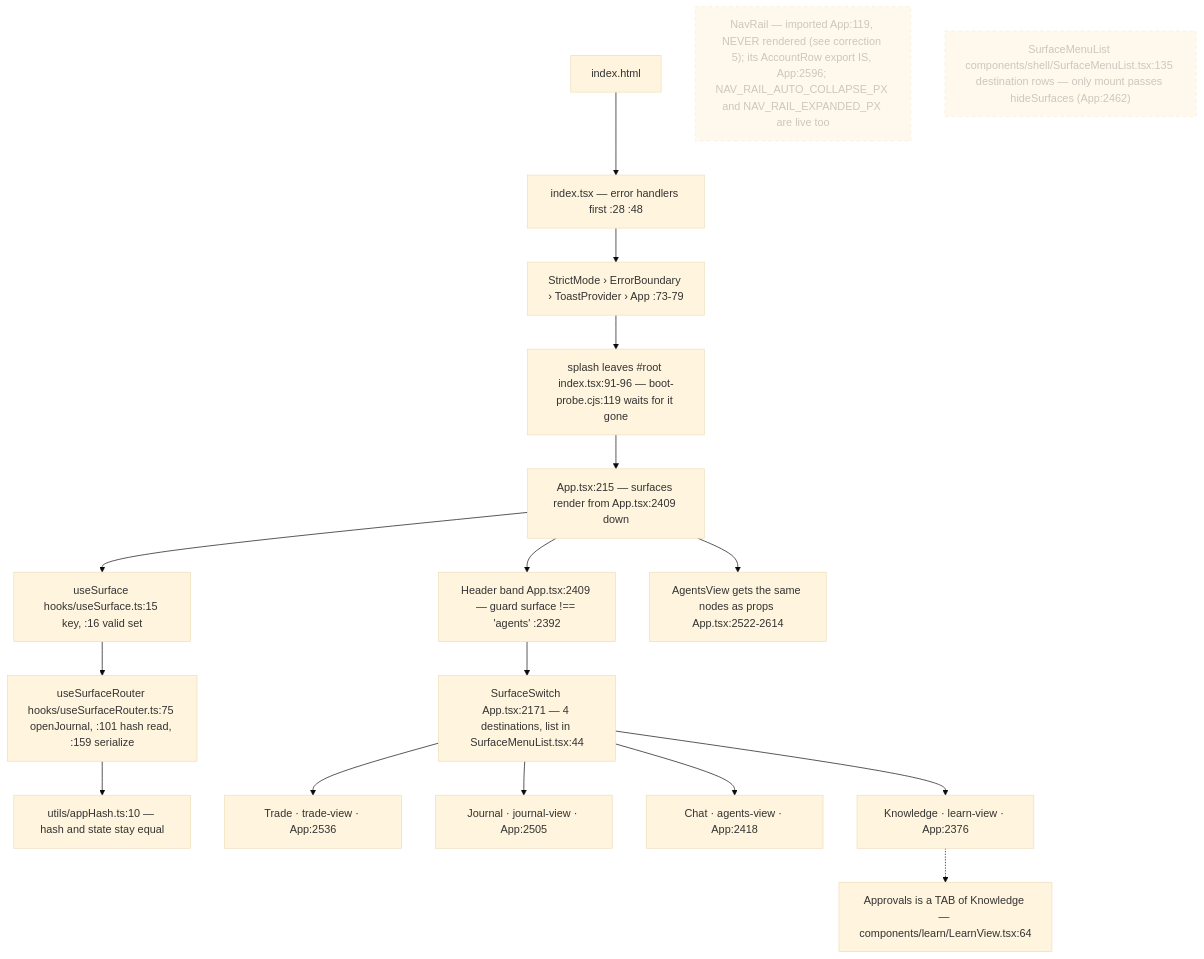
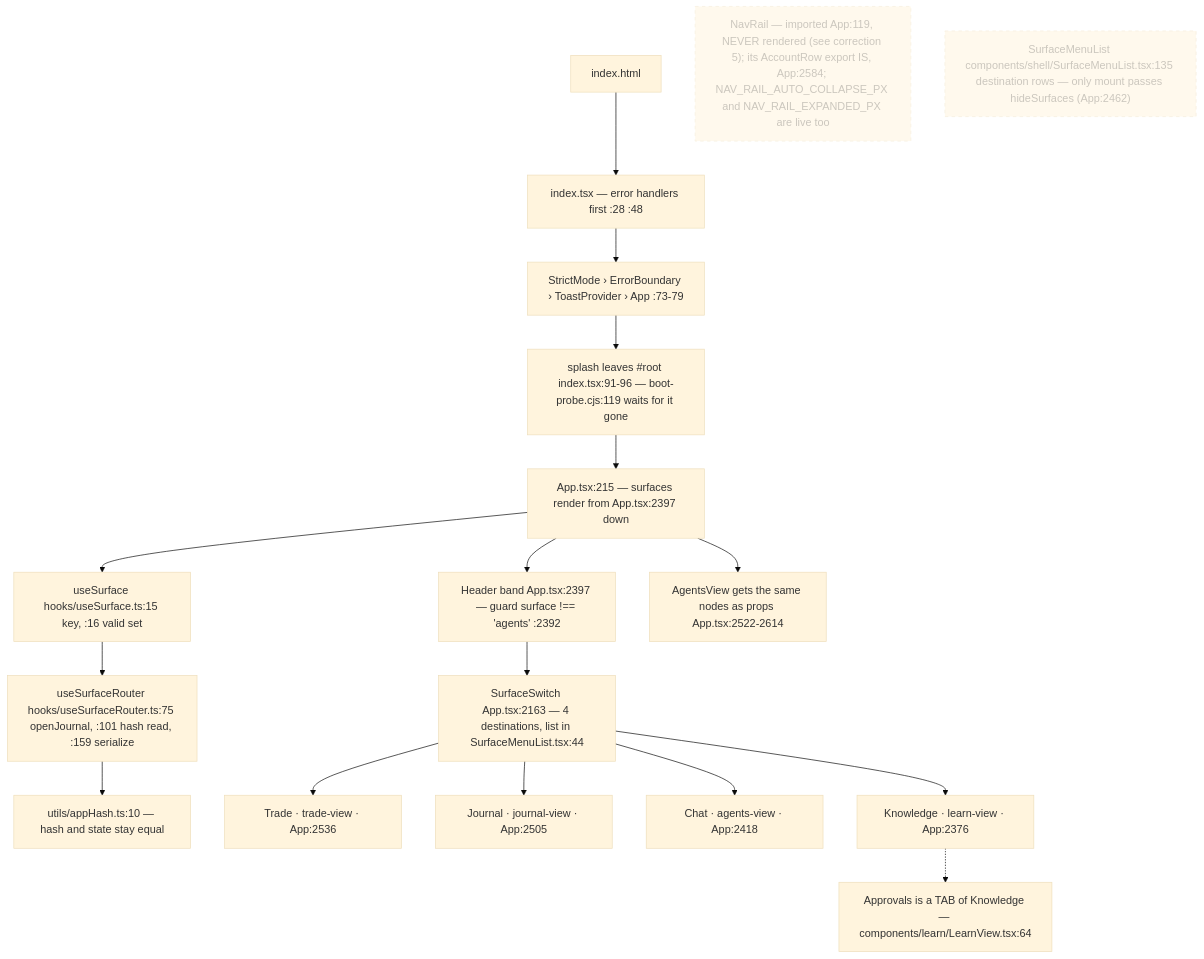
Before and after one commit to Acepay25/august-3.5: the first of 8 diagrams in docs/app-flow.md, drawn with Mermaid (base theme). The commit also changed other lines of this file and 2 other files, not shown here.

First line of the commit message:
docs(flow): the anchor gate is green again - 462 citations, none stale

````diff
--- a/docs/app-flow.md
+++ b/docs/app-flow.md
@@ -49,21 +49,21 @@
 ```mermaid
 flowchart TD
     H["index.html"] --> I["index.tsx — error handlers first :28 :48"]
     I --> S["StrictMode › ErrorBoundary › ToastProvider › App :73-79"]
     S --> SP["splash leaves #root index.tsx:91-96 — boot-probe.cjs:119 waits for it gone"]
-    SP --> APP["App.tsx:215 — surfaces render from App.tsx:2409 down"]
+    SP --> APP["App.tsx:215 — surfaces render from App.tsx:2397 down"]
     APP --> US["useSurface hooks/useSurface.ts:15 key, :16 valid set"]
     US --> UR["useSurfaceRouter hooks/useSurfaceRouter.ts:75 openJournal, :101 hash read, :159 serialize"]
     UR --> HASH["utils/appHash.ts:10 — hash and state stay equal"]
-    APP --> HD["Header band App.tsx:2409 — guard surface !== 'agents' :2392"]
-    HD --> SW["SurfaceSwitch App.tsx:2171 — 4 destinations, list in SurfaceMenuList.tsx:44"]
+    APP --> HD["Header band App.tsx:2397 — guard surface !== 'agents' :2392"]
+    HD --> SW["SurfaceSwitch App.tsx:2163 — 4 destinations, list in SurfaceMenuList.tsx:44"]
     APP --> AV["AgentsView gets the same nodes as props App.tsx:2522-2614"]
     SW --> T["Trade · trade-view · App:2536"]
     SW --> J["Journal · journal-view · App:2505"]
     SW --> C["Chat · agents-view · App:2418"]
     SW --> K["Knowledge · learn-view · App:2376"]
     K -.-> AP["Approvals is a TAB of Knowledge — components/learn/LearnView.tsx:64"]
-    NR["NavRail — imported App:119, NEVER rendered (see correction 5); its AccountRow export IS, App:2596; NAV_RAIL_AUTO_COLLAPSE_PX and NAV_RAIL_EXPANDED_PX are live too"]:::dead
+    NR["NavRail — imported App:119, NEVER rendered (see correction 5); its AccountRow export IS, App:2584; NAV_RAIL_AUTO_COLLAPSE_PX and NAV_RAIL_EXPANDED_PX are live too"]:::dead
     SM["SurfaceMenuList components/shell/SurfaceMenuList.tsx:135 destination rows — only mount passes hideSurfaces (App:2462)"]:::dead
     classDef dead stroke-dasharray: 5 5,opacity:.5
 ```
````
